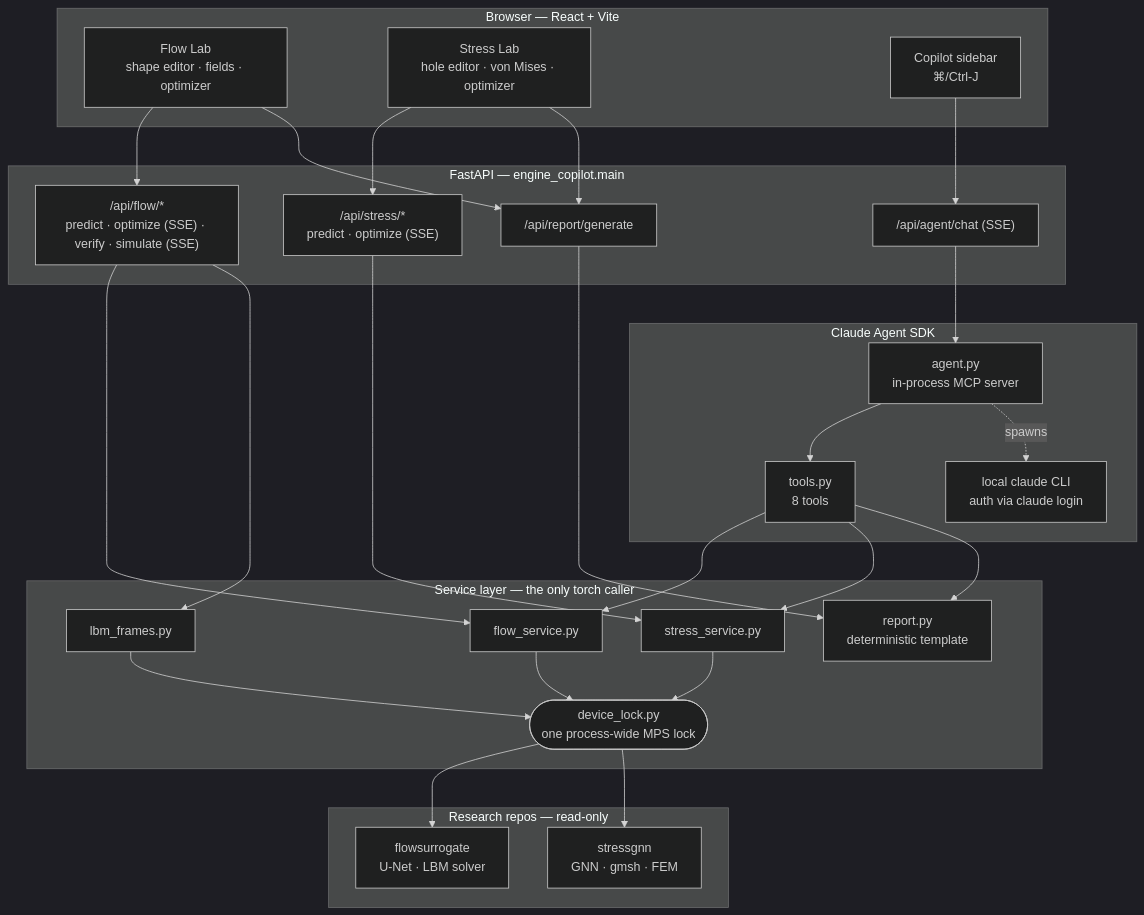
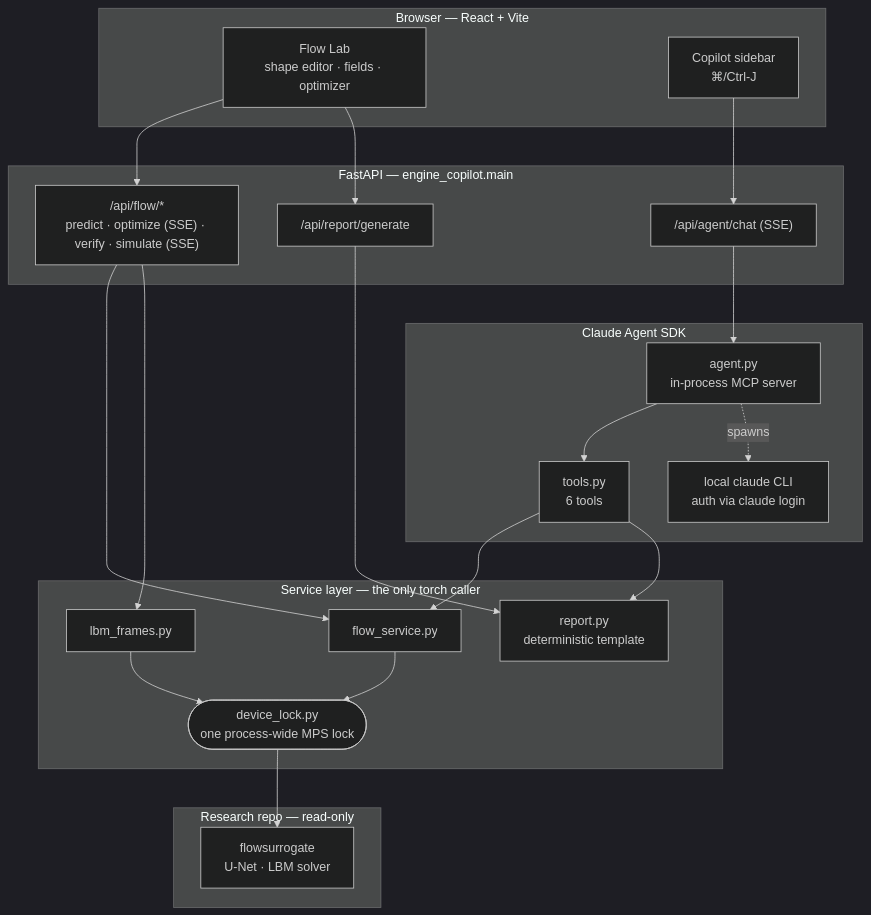
One commit to PaulGregory1/surrogate-engineering changed the diagram in engine-copilot/README.md. Above: the diagram before and after it, drawn with Mermaid (dark theme). The commit also changed other lines of this file and 63 other files, not shown here.

First line of the commit message:
main: keep the Flow Lab only, move the Stress Lab to its own branch

````diff
--- a/engine-copilot/README.md
+++ b/engine-copilot/README.md
@@ -46,57 +46,47 @@
 ```mermaid
 flowchart TB
     subgraph browser["Browser — React + Vite"]
         FL["Flow Lab<br/>shape editor · fields · optimizer"]
-        SL["Stress Lab<br/>hole editor · von Mises · optimizer"]
         CS["Copilot sidebar<br/>⌘/Ctrl-J"]
     end
 
     subgraph api["FastAPI — engine_copilot.main"]
         R1["/api/flow/*<br/>predict · optimize (SSE) · verify · simulate (SSE)"]
-        R2["/api/stress/*<br/>predict · optimize (SSE)"]
         R3["/api/report/generate"]
         R4["/api/agent/chat (SSE)"]
     end
 
     subgraph svc["Service layer — the only torch caller"]
         FS["flow_service.py"]
         LB["lbm_frames.py"]
-        SS["stress_service.py"]
         RP["report.py<br/>deterministic template"]
         LK(["device_lock.py<br/>one process-wide MPS lock"])
     end
 
     subgraph agent["Claude Agent SDK"]
         AG["agent.py<br/>in-process MCP server"]
-        TL["tools.py<br/>8 tools"]
+        TL["tools.py<br/>6 tools"]
         CLI["local claude CLI<br/>auth via claude login"]
     end
 
-    subgraph libs["Research repos — read-only"]
+    subgraph libs["Research repo — read-only"]
         FSU["flowsurrogate<br/>U-Net · LBM solver"]
-        SGN["stressgnn<br/>GNN · gmsh · FEM"]
     end
 
     FL --> R1
-    SL --> R2
     FL --> R3
-    SL --> R3
     CS --> R4
 
     R1 --> FS
     R1 --> LB
-    R2 --> SS
     R3 --> RP
     R4 --> AG
     AG --> TL
     AG -.spawns.-> CLI
     TL --> FS
-    TL --> SS
     TL --> RP
 
     FS --> LK
     LB --> LK
-    SS --> LK
     LK --> FSU
-    LK --> SGN
 ```
````
